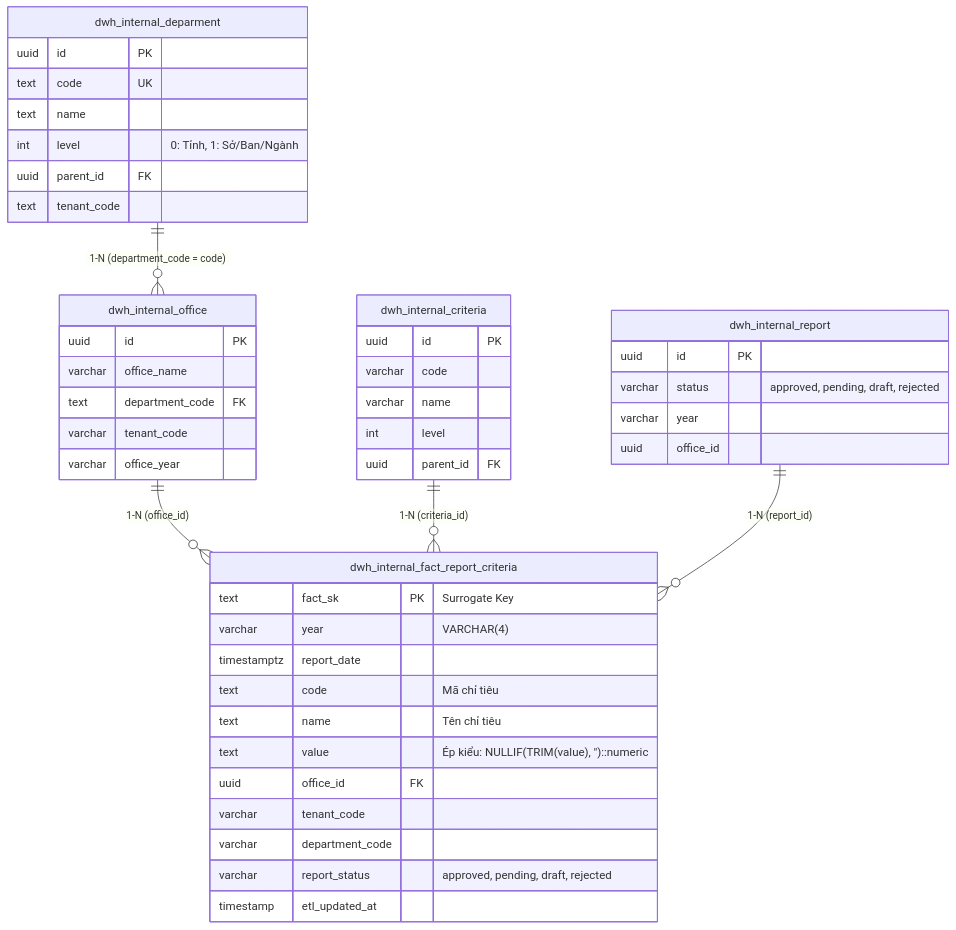
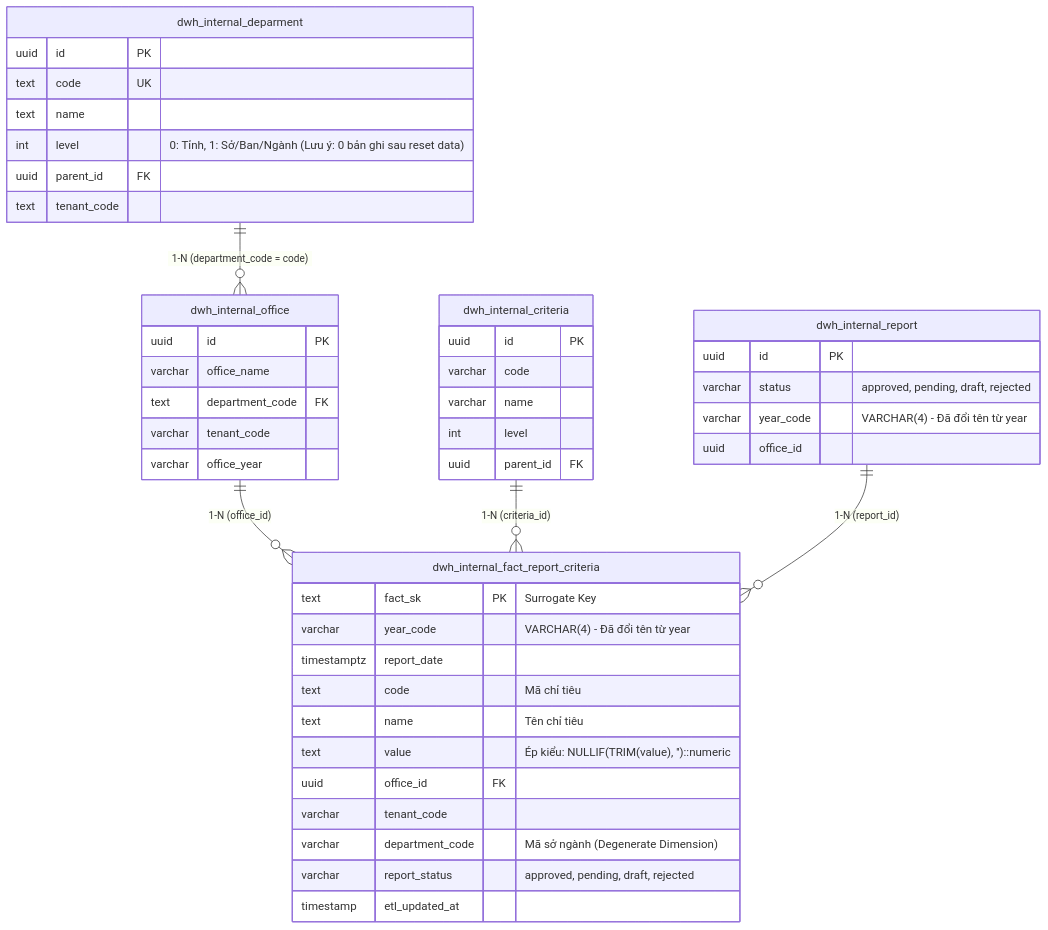
The second of 4 diagrams in IPGov_Chatbot/blueprints/01_DATA_WAREHOUSE_VA_CAY_THUC_THE_DWH.md (CaoAnhNato/Chatbot_HDSD), drawn with Mermaid before and after one commit. The commit also changed other lines of this file and 136 other files, not shown here.

````diff
--- a/IPGov_Chatbot/blueprints/01_DATA_WAREHOUSE_VA_CAY_THUC_THE_DWH.md
+++ b/IPGov_Chatbot/blueprints/01_DATA_WAREHOUSE_VA_CAY_THUC_THE_DWH.md
@@ -67,53 +68,53 @@
 ```mermaid
 erDiagram
     dwh_internal_deparment ||--o{ dwh_internal_office : "1-N (department_code = code)"
     dwh_internal_office ||--o{ dwh_internal_fact_report_criteria : "1-N (office_id)"
     dwh_internal_criteria ||--o{ dwh_internal_fact_report_criteria : "1-N (criteria_id)"
     dwh_internal_report ||--o{ dwh_internal_fact_report_criteria : "1-N (report_id)"
 
     dwh_internal_deparment {
         uuid id PK
         text code UK
         text name
-        int level "0: Tỉnh, 1: Sở/Ban/Ngành"
+        int level "0: Tỉnh, 1: Sở/Ban/Ngành (Lưu ý: 0 bản ghi sau reset data)"
         uuid parent_id FK
         text tenant_code
     }
 
     dwh_internal_office {
         uuid id PK
         varchar office_name
         text department_code FK
         varchar tenant_code
         varchar office_year
     }
 
     dwh_internal_criteria {
         uuid id PK
         varchar code
         varchar name
         int level
         uuid parent_id FK
     }
 
     dwh_internal_fact_report_criteria {
         text fact_sk PK "Surrogate Key"
-        varchar year "VARCHAR(4)"
+        varchar year_code "VARCHAR(4) - Đã đổi tên từ year"
         timestamptz report_date
         text code "Mã chỉ tiêu"
         text name "Tên chỉ tiêu"
         text value "Ép kiểu: NULLIF(TRIM(value), '')::numeric"
         uuid office_id FK
         varchar tenant_code
-        varchar department_code
+        varchar department_code "Mã sở ngành (Degenerate Dimension)"
         varchar report_status "approved, pending, draft, rejected"
         timestamp etl_updated_at
     }
 
     dwh_internal_report {
         uuid id PK
         varchar status "approved, pending, draft, rejected"
-        varchar year
+        varchar year_code "VARCHAR(4) - Đã đổi tên từ year"
         uuid office_id
     }
 ```
````
